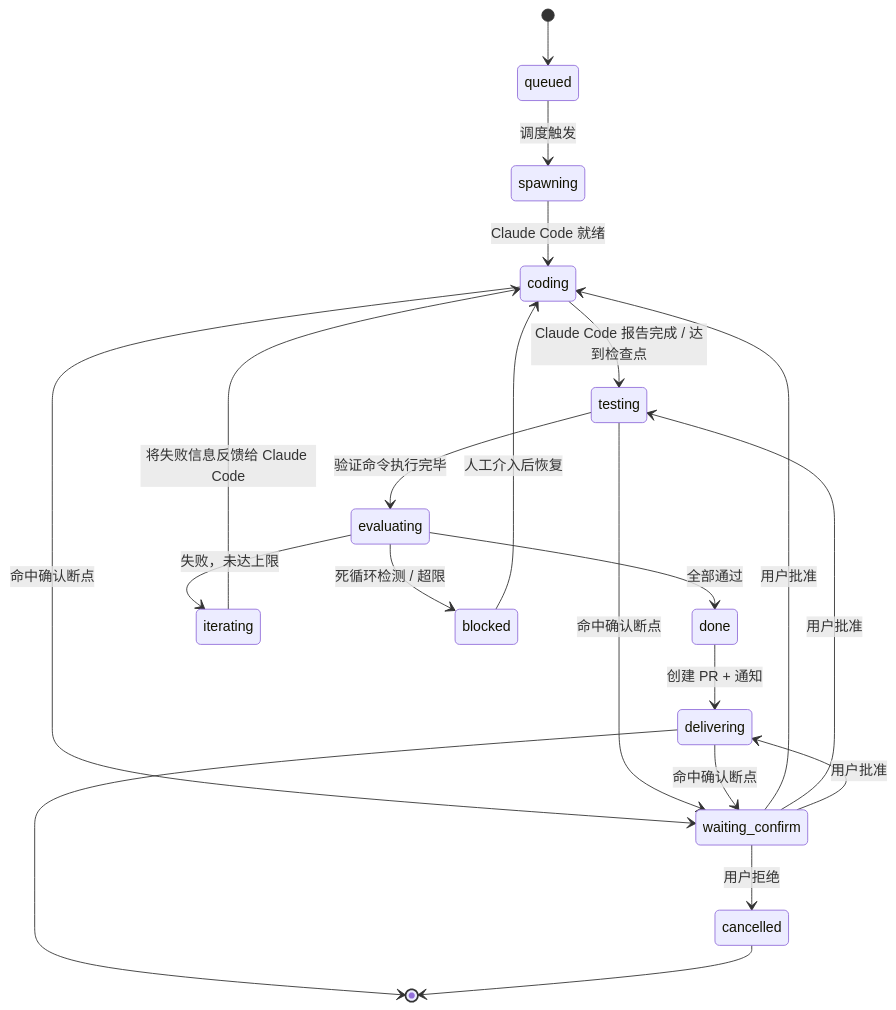
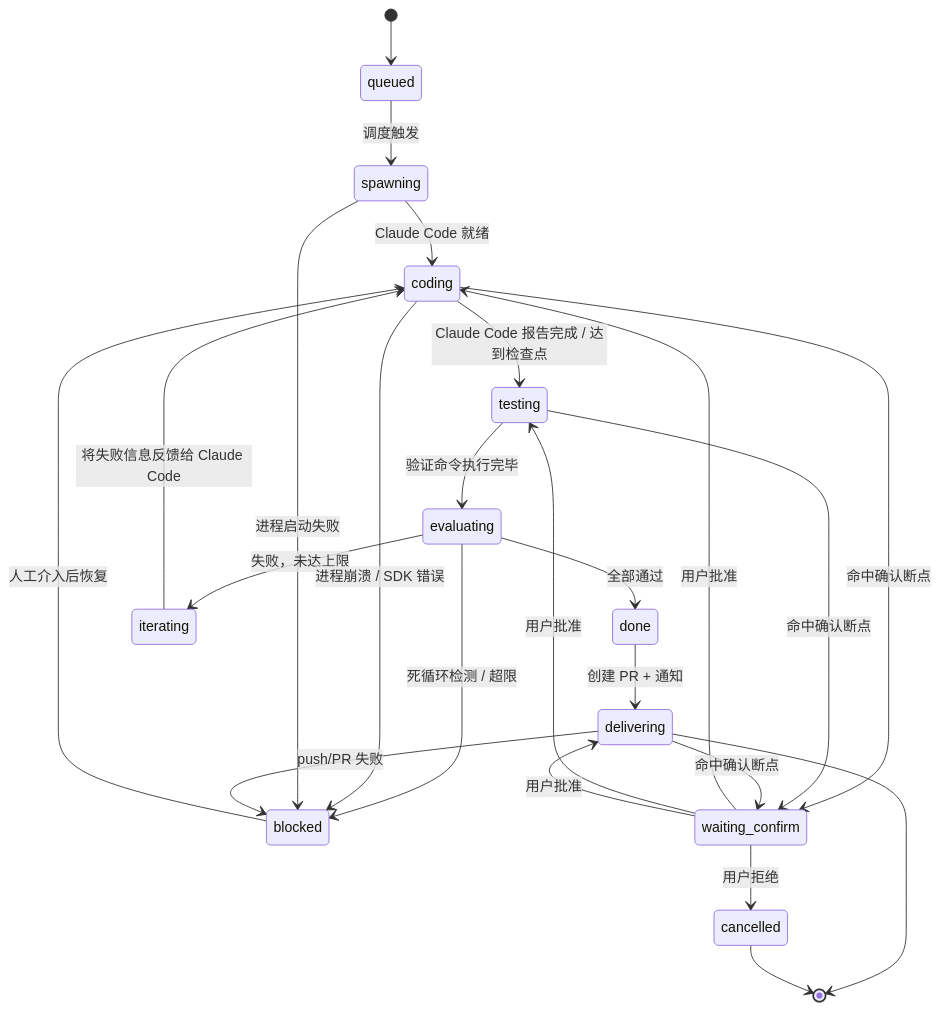
Before and after one commit to yzlabai/yanclaw: the diagram in docs/plans/2026-03-14-dev-loop-design.md, drawn with Mermaid. The commit also changed other lines of this file, not shown here.

````diff
--- a/docs/plans/2026-03-14-dev-loop-design.md
+++ b/docs/plans/2026-03-14-dev-loop-design.md
@@ -40,24 +43,27 @@
 ```mermaid
 stateDiagram-v2
     [*] --> queued
     queued --> spawning: 调度触发
     spawning --> coding: Claude Code 就绪
     coding --> testing: Claude Code 报告完成 / 达到检查点
     testing --> evaluating: 验证命令执行完毕
     evaluating --> done: 全部通过
     evaluating --> iterating: 失败，未达上限
     evaluating --> blocked: 死循环检测 / 超限
     iterating --> coding: 将失败信息反馈给 Claude Code
     blocked --> coding: 人工介入后恢复
+    coding --> blocked: 进程崩溃 / SDK 错误
+    spawning --> blocked: 进程启动失败
     done --> delivering: 创建 PR + 通知
+    delivering --> blocked: push/PR 失败
     delivering --> [*]
 
     coding --> waiting_confirm: 命中确认断点
     testing --> waiting_confirm: 命中确认断点
     delivering --> waiting_confirm: 命中确认断点
     waiting_confirm --> coding: 用户批准
     waiting_confirm --> testing: 用户批准
     waiting_confirm --> delivering: 用户批准
     waiting_confirm --> cancelled: 用户拒绝
     cancelled --> [*]
 ```
````
